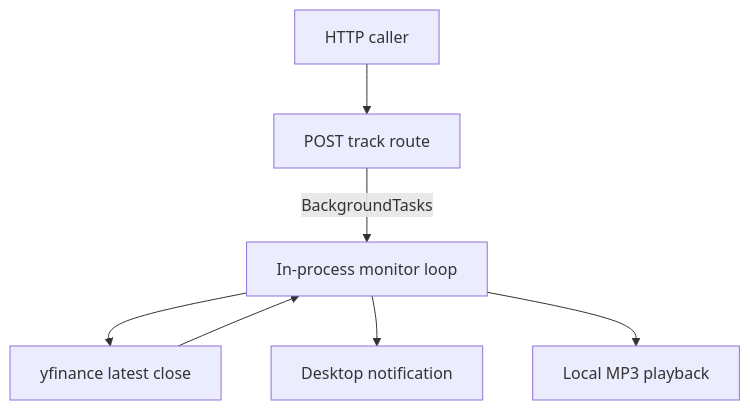
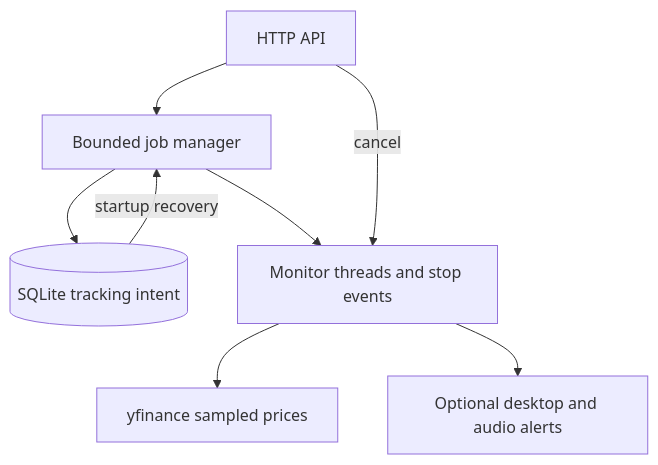
One commit to Albert-bit07/charttracker-api changed the diagram in README.md. Above: the diagram before and after it, drawn with Mermaid. The commit also changed other lines of this file and 10 other files, not shown here.

Commit message:
Manage bounded cancellable monitors with durable restart recovery (#4)

````diff
--- a/README.md
+++ b/README.md
@@ -16,9 +9,10 @@
 ```mermaid
 flowchart TD
-  C[HTTP caller] --> R[POST track route]
-  R -->|BackgroundTasks| M[In-process monitor loop]
-  M --> Y[yfinance latest close]
-  Y --> M
-  M --> N[Desktop notification]
-  M --> A[Local MP3 playback]
+  H[HTTP API] --> J[Bounded job manager]
+  J --> D[(SQLite tracking intent)]
+  D -->|startup recovery| J
+  J --> M[Monitor threads and stop events]
+  M --> Y[yfinance sampled prices]
+  M --> A[Optional desktop and audio alerts]
+  H -->|cancel| M
 ```
````
